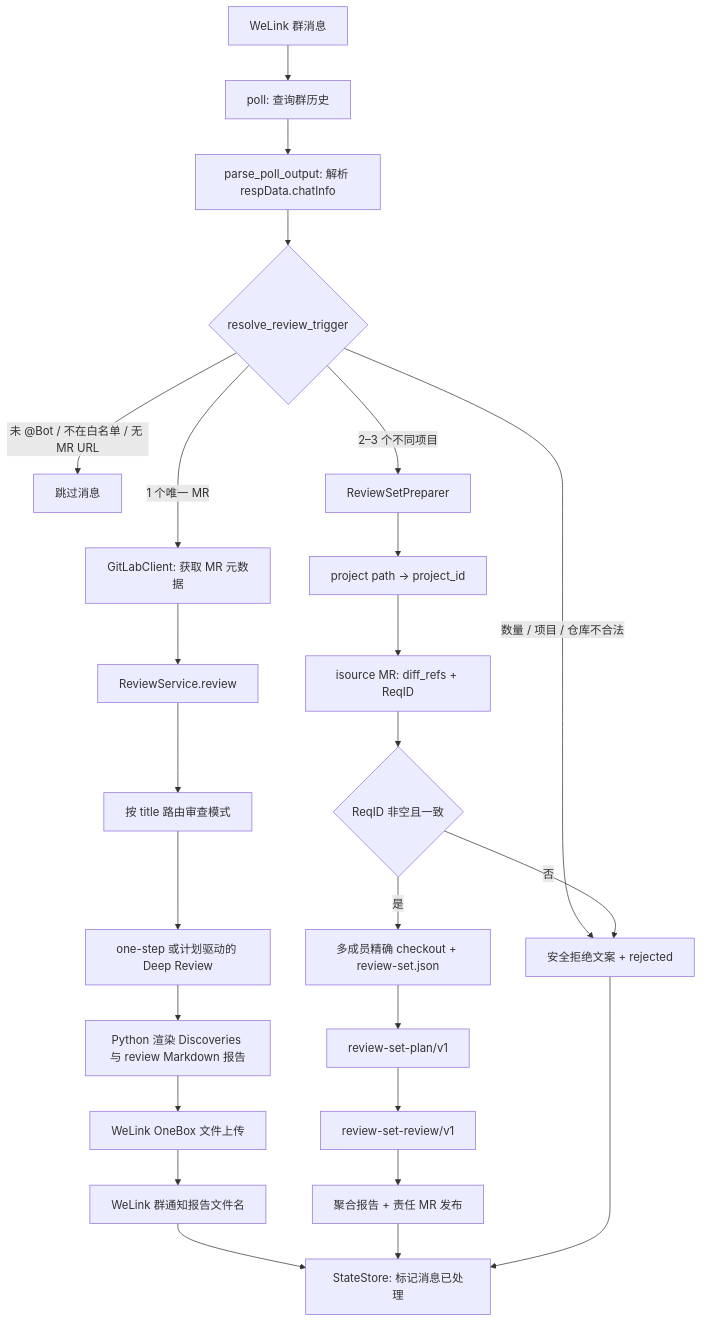
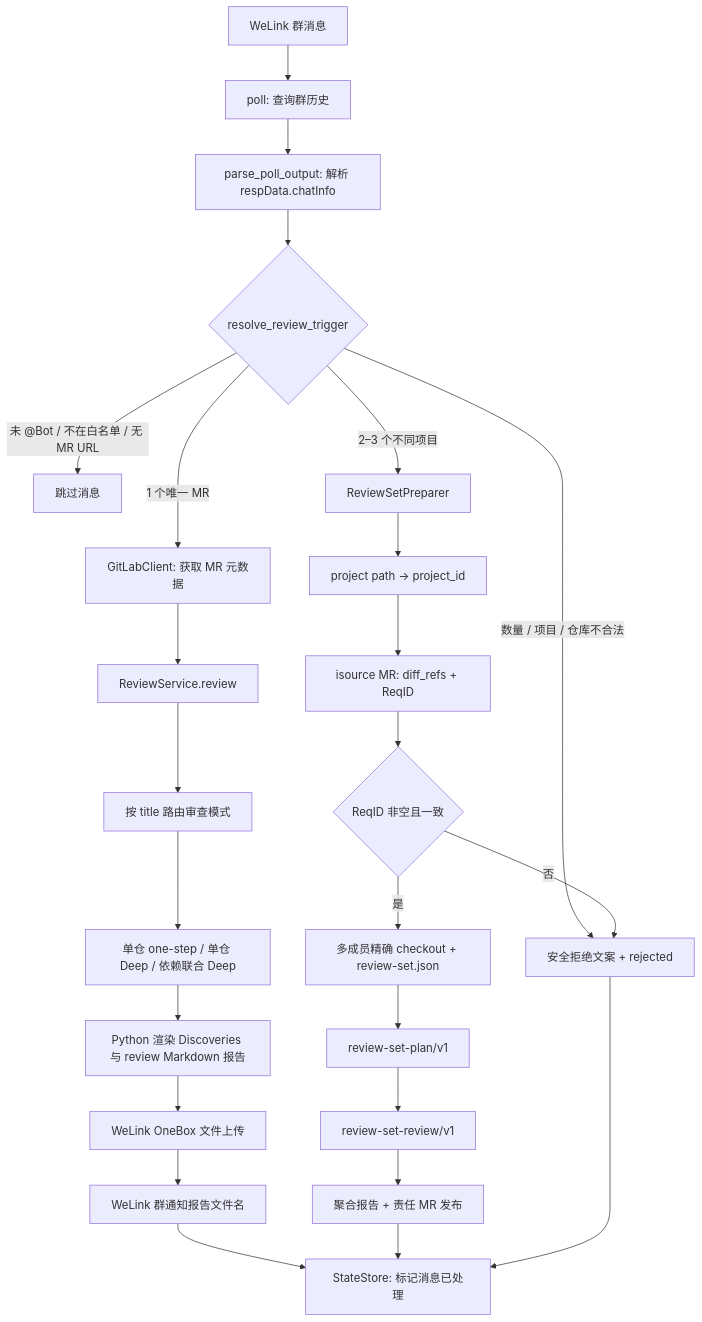
The second of 3 diagrams in docs/DESIGN.md (Faye-663/code-mr-reviewer), drawn with Mermaid before and after one commit. The commit also changed other lines of this file and 31 other files, not shown here.

First line of the commit message:
实现基于项目依赖映射的 Deep Review 联合检视 (#13)

````diff
--- a/docs/DESIGN.md
+++ b/docs/DESIGN.md
@@ -34,27 +39,27 @@
 ```mermaid
 flowchart TD
     A["WeLink 群消息"] --> B["poll: 查询群历史"]
     B --> C["parse_poll_output: 解析 respData.chatInfo"]
     C --> D{"resolve_review_trigger"}
     D -- "未 @Bot / 不在白名单 / 无 MR URL" --> E["跳过消息"]
     D -- "1 个唯一 MR" --> F["GitLabClient: 获取 MR 元数据"]
     D -- "2–3 个不同项目" --> R["ReviewSetPreparer"]
     D -- "数量 / 项目 / 仓库不合法" --> X["安全拒绝文案 + rejected"]
     F --> G["ReviewService.review"]
     G --> H["按 title 路由审查模式"]
-    H --> H2["one-step 或计划驱动的 Deep Review"]
+    H --> H2["单仓 one-step / 单仓 Deep / 依赖联合 Deep"]
     H2 --> I["Python 渲染 Discoveries 与 review Markdown 报告"]
     I --> J["WeLink OneBox 文件上传"]
     J --> K["WeLink 群通知报告文件名"]
     K --> L["StateStore: 标记消息已处理"]
     R --> R2["project path -> project_id"]
     R2 --> R3["isource MR: diff_refs + ReqID"]
     R3 --> R4{"ReqID 非空且一致"}
     R4 -- "否" --> X
     R4 -- "是" --> R5["多成员精确 checkout + review-set.json"]
     R5 --> R6["review-set-plan/v1"]
     R6 --> R7["review-set-review/v1"]
     R7 --> R8["聚合报告 + 责任 MR 发布"]
     R8 --> L
     X --> L
 ```
````
